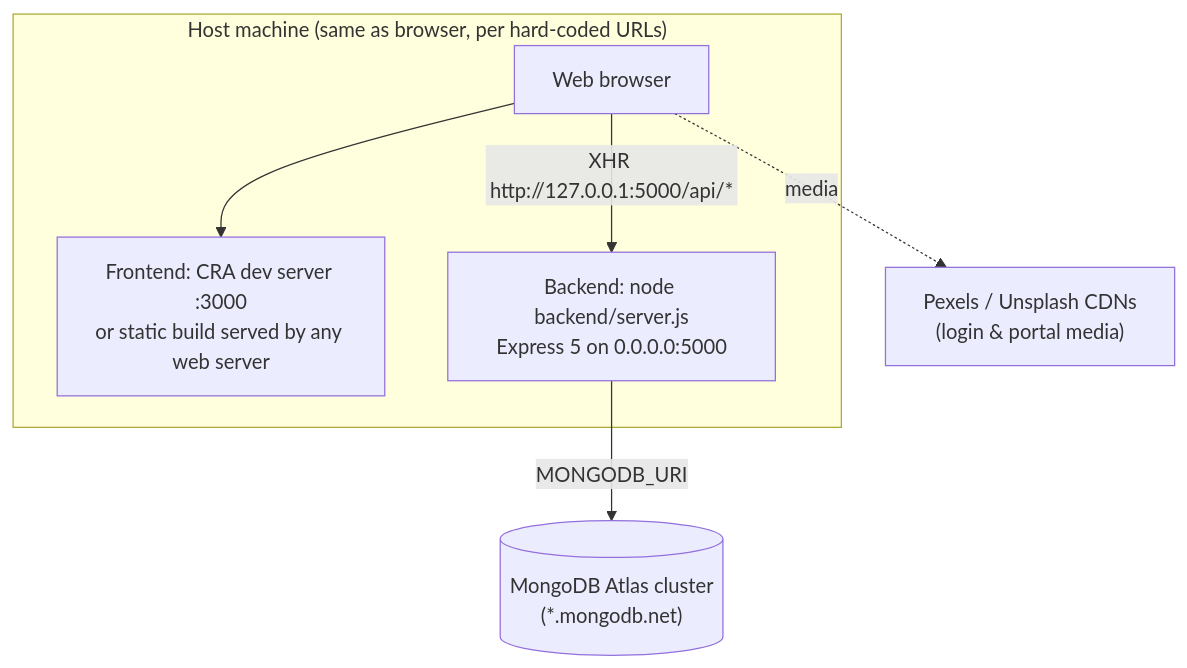
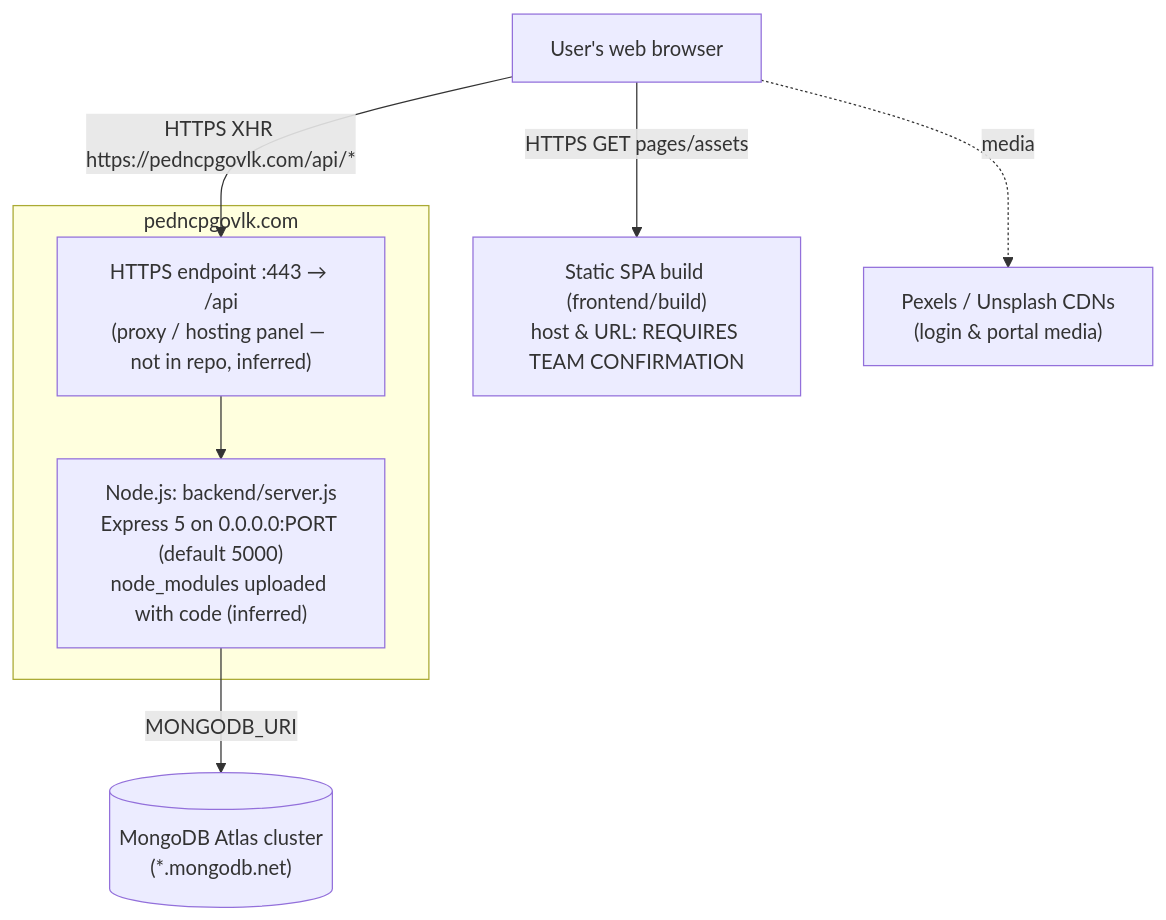
One commit to Project-Managment-System/software-engineering-project changed the diagram in TECHNICAL_DOCUMENTATION_EXTRACTION/11_Deployment_and_Hosting.md. Above: the diagram before and after it, drawn with Mermaid. The commit also changed other lines of this file and 14 other files, not shown here.

````diff
--- a/TECHNICAL_DOCUMENTATION_EXTRACTION/11_Deployment_and_Hosting.md
+++ b/TECHNICAL_DOCUMENTATION_EXTRACTION/11_Deployment_and_Hosting.md
@@ -37,14 +50,15 @@
 ```mermaid
 flowchart TB
-  subgraph Machine["Host machine (same as browser, per hard-coded URLs)"]
-    Browser["Web browser"]
-    FE["Frontend: CRA dev server :3000<br/>or static build served by any web server"]
-    BE["Backend: node backend/server.js<br/>Express 5 on 0.0.0.0:5000"]
+  BR["User's web browser"]
+  FE["Static SPA build (frontend/build)<br/>host & URL: REQUIRES TEAM CONFIRMATION"]
+  subgraph Domain["pedncpgovlk.com"]
+    PX["HTTPS endpoint :443 → /api<br/>(proxy / hosting panel — not in repo, inferred)"]
+    BE["Node.js: backend/server.js<br/>Express 5 on 0.0.0.0:PORT (default 5000)<br/>node_modules uploaded with code (inferred)"]
   end
   Atlas[("MongoDB Atlas cluster<br/>(*.mongodb.net)")]
   CDN["Pexels / Unsplash CDNs<br/>(login & portal media)"]
-  Browser --> FE
-  Browser -- "XHR http://127.0.0.1:5000/api/*" --> BE
+  BR -- "HTTPS GET pages/assets" --> FE
+  BR -- "HTTPS XHR https://pedncpgovlk.com/api/*" --> PX --> BE
   BE -- "MONGODB_URI" --> Atlas
-  Browser -. "media" .-> CDN
+  BR -. "media" .-> CDN
 ```
````
